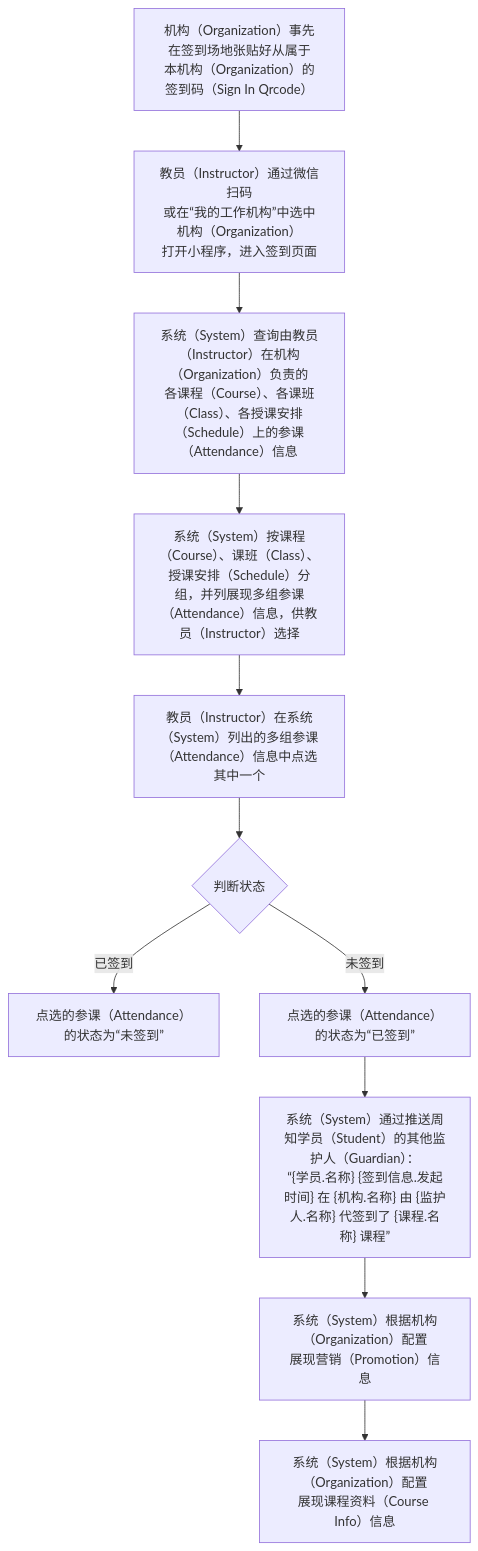
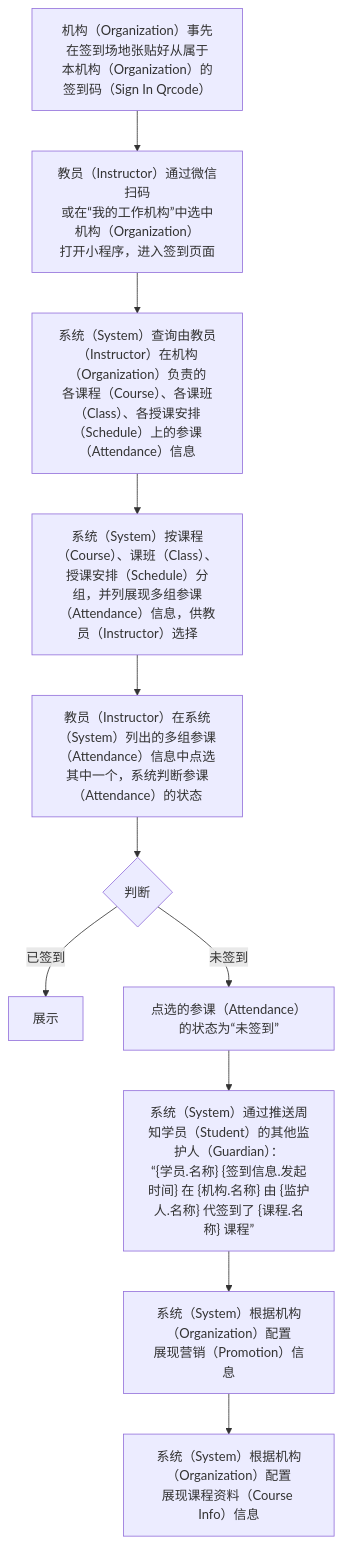
One commit to world-wide-web/sign changed the third of 3 diagrams in 用例/签到.md. Above: the diagram before and after it, drawn with Mermaid. The commit also changed other lines of this file, not shown here.

Commit message:
用例/签到.md updated from https://stackedit.io/

````diff
--- a/用例/签到.md
+++ b/用例/签到.md
@@ -81,24 +81,24 @@
 ```mermaid
 graph TD
 A["<center>机构（Organization）事先在签到场地张贴好从属于<br>本机构（Organization）的签到码（Sign In Qrcode）</center>"]
 B["<center>教员（Instructor）通过微信扫码<br>或在“我的工作机构”中选中机构（Organization）<br>打开小程序，进入签到页面</center>"]
 C["<center>系统（System）查询由教员（Instructor）在机构（Organization）负责的<br>各课程（Course）、各课班（Class）、各授课安排（Schedule）上的参课（Attendance）信息"]
 D["<center>系统（System）按课程（Course）、课班（Class）、授课安排（Schedule）分组，并列展现多组参课（Attendance）信息，供教员（Instructor）选择</center>"]
-E["<center>教员（Instructor）在系统（System）列出的多组参课（Attendance）信息中点选其中一个</center>"]
-F{"<center>判断状态</center>"}
-F1["<center>点选的参课（Attendance）的状态为“未签到”</center>"]
-F2["<center>点选的参课（Attendance）的状态为“已签到”</center>"]
+E["<center>教员（Instructor）在系统（System）列出的多组参课（Attendance）信息中点选其中一个，系统判断参课（Attendance）的状态</center>"]
+F{"<center>判断</center>"}
+F1["<center>展示</center>"]
+F2["<center>点选的参课（Attendance）的状态为“未签到”</center>"]
 G["<center>系统（System）通过推送周知学员（Student）的其他监护人（Guardian）：<br>“{学员.名称} {签到信息.发起时间} 在 {机构.名称} 由 {监护人.名称} 代签到了 {课程.名称} 课程”</center>"]
 H["<center>系统（System）根据机构（Organization）配置<br>展现营销（Promotion）信息</center>"]
 I["<center>系统（System）根据机构（Organization）配置<br>展现课程资料（Course Info）信息</center>"]
 A-->B
 B-->C
 C-->D
 D-->E
 E-->F
 F--已签到-->F1
 F--未签到-->F2
 F2-->G
 G-->H
 H-->I
 ```
````
